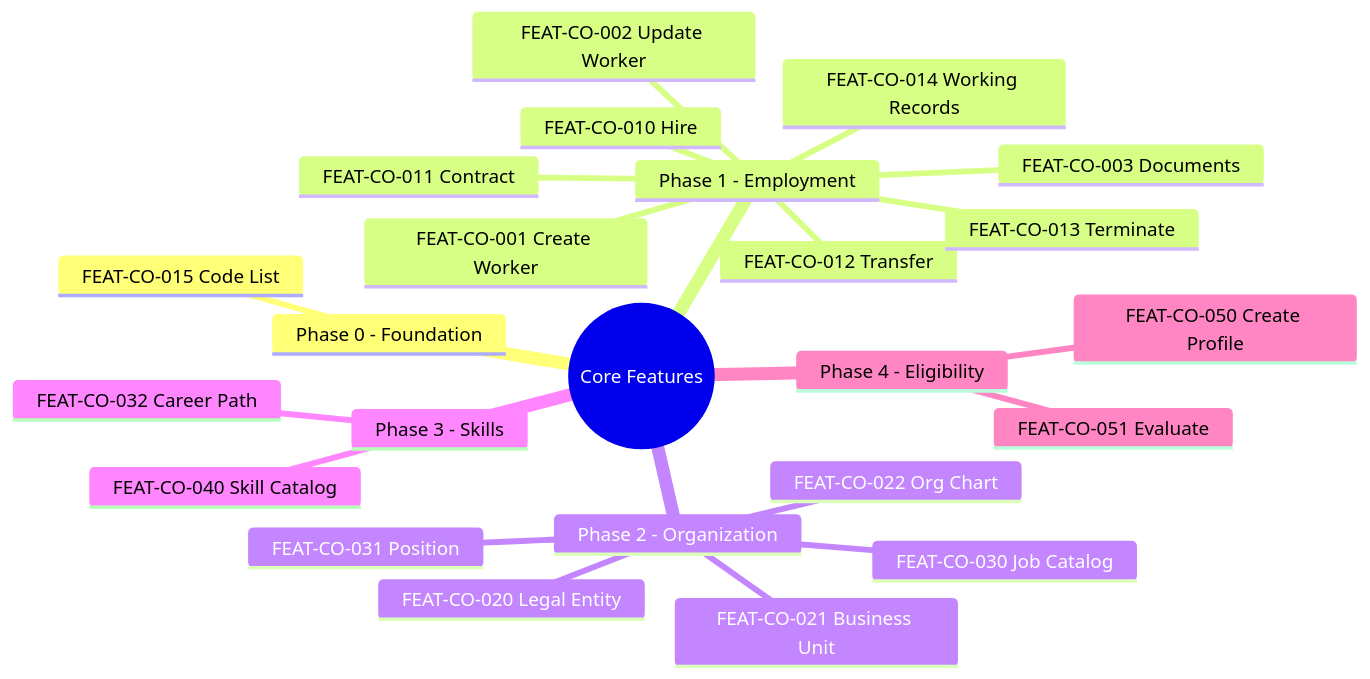
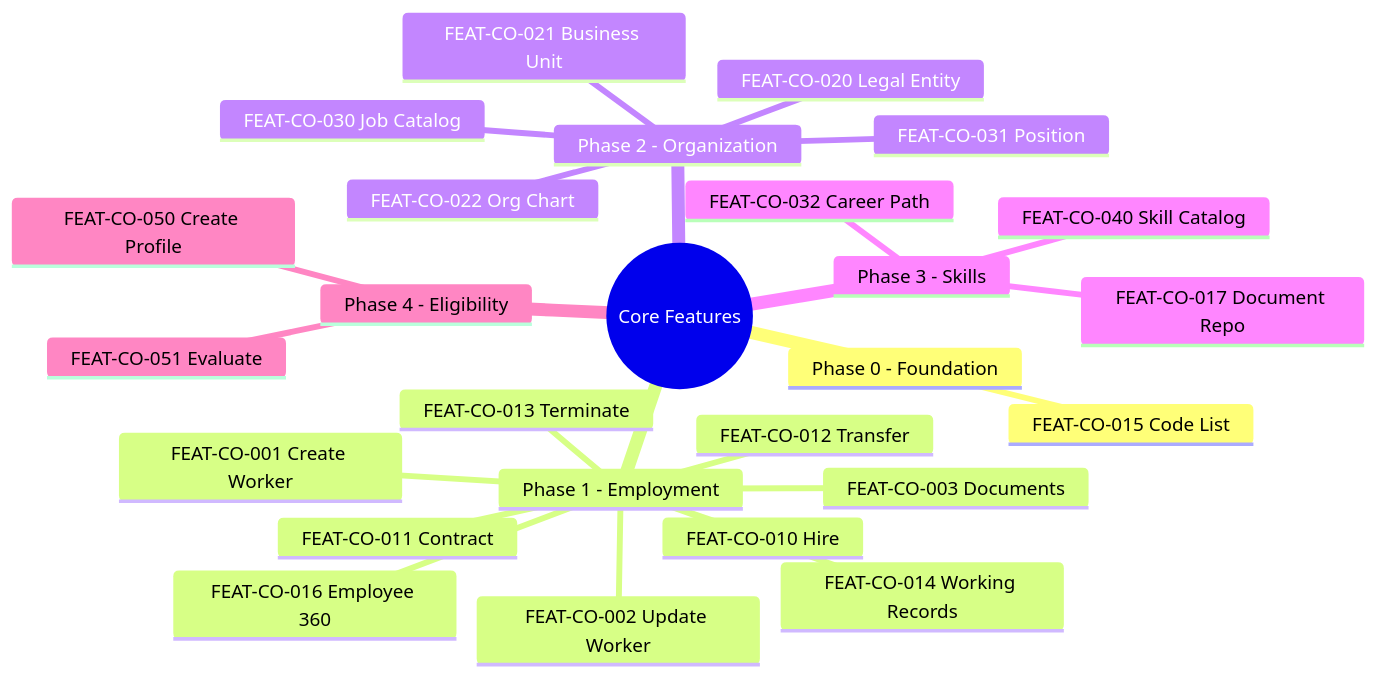
Before and after one commit to a4b-corporation/xTalent: the first of 2 diagrams in docs/01-modules/CO/02-spec/03-features/_index.md, drawn with Mermaid. The commit also changed other lines of this file and 3 other files, not shown here.

````diff
--- a/docs/01-modules/CO/02-spec/03-features/_index.md
+++ b/docs/01-modules/CO/02-spec/03-features/_index.md
@@ -282,27 +306,29 @@
 ```mermaid
 mindmap
   root((Core Features))
     Phase 0 - Foundation
       FEAT-CO-015 Code List
     Phase 1 - Employment
       FEAT-CO-001 Create Worker
       FEAT-CO-002 Update Worker
       FEAT-CO-003 Documents
       FEAT-CO-010 Hire
       FEAT-CO-011 Contract
       FEAT-CO-012 Transfer
       FEAT-CO-013 Terminate
       FEAT-CO-014 Working Records
+      FEAT-CO-016 Employee 360
     Phase 2 - Organization
       FEAT-CO-020 Legal Entity
       FEAT-CO-021 Business Unit
       FEAT-CO-022 Org Chart
       FEAT-CO-030 Job Catalog
       FEAT-CO-031 Position
     Phase 3 - Skills
       FEAT-CO-032 Career Path
       FEAT-CO-040 Skill Catalog
+      FEAT-CO-017 Document Repo
     Phase 4 - Eligibility
       FEAT-CO-050 Create Profile
       FEAT-CO-051 Evaluate
 ```
````
